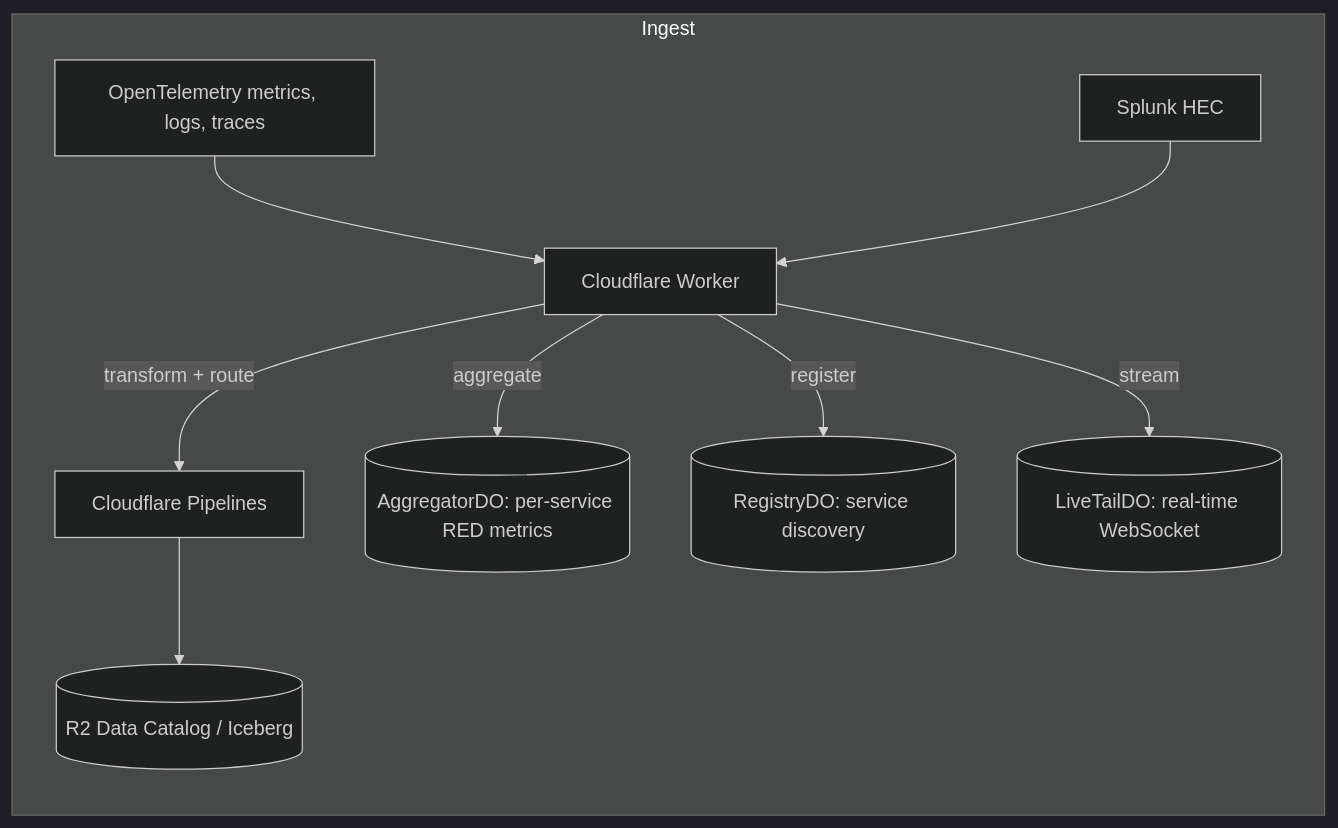
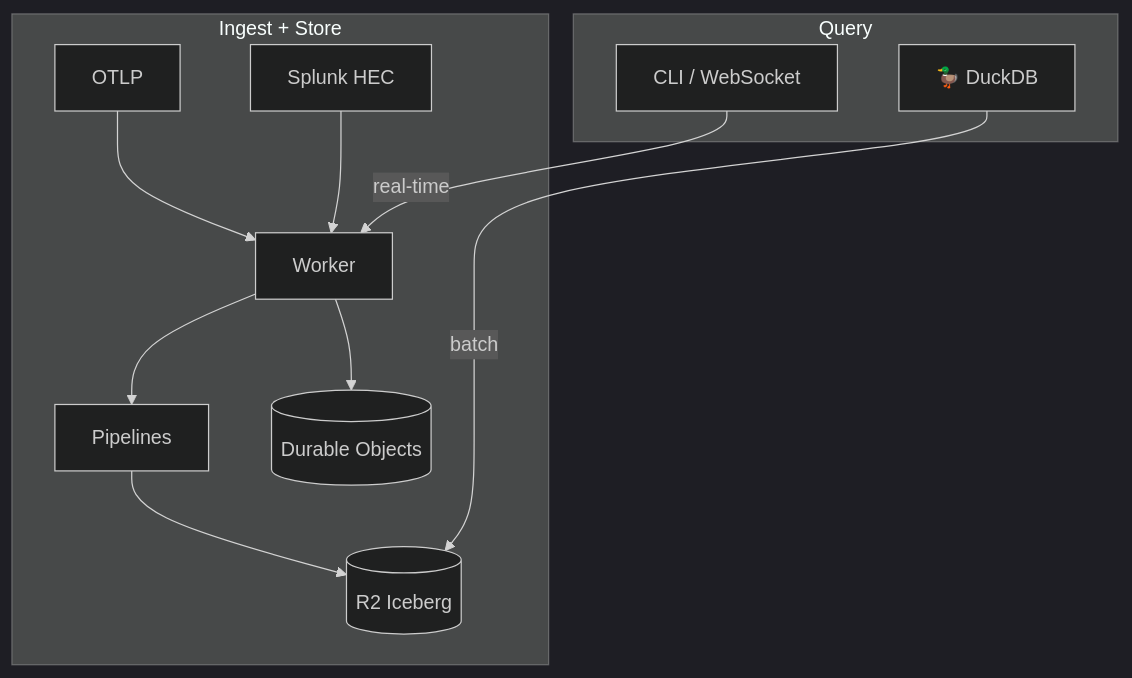
Before and after one commit to smithclay/otlp2pipeline: the diagram in README.md, drawn with Mermaid (dark theme). The commit also changed other lines of this file and 32 other files, not shown here.

First line of the commit message:
feat(cli): add services and tail commands (#3)

````diff
--- a/README.md
+++ b/README.md
@@ -9,12 +12,15 @@
 ```mermaid
-flowchart LR
-    subgraph Ingest["Ingest"]
-        OTLP[OpenTelemetry metrics, logs, traces] --> W[Cloudflare Worker]
+flowchart TB
+    subgraph Ingest["Ingest + Store"]
+        OTLP[OTLP] --> W[Worker]
         HEC[Splunk HEC] --> W
-        W -->|transform + route| P[Cloudflare Pipelines]
-        P --> R2[(R2 Data Catalog / Iceberg)]
-        W -->|aggregate| ADO[("AggregatorDO: per-service RED metrics")]
-        W -->|register| RDO[("RegistryDO: service discovery")]
-        W -->|stream| LDO[("LiveTailDO: real-time WebSocket")]
+        W --> P[Pipelines]
+        W --> DOs[(Durable Objects)]
+        P --> R2[(R2 Iceberg)]
+    end
+
+    subgraph Query["Query"]
+        CLI[CLI / WebSocket] -->|real-time| W
+        DuckDB[🦆 DuckDB] -->|batch| R2
     end
 ```
````
